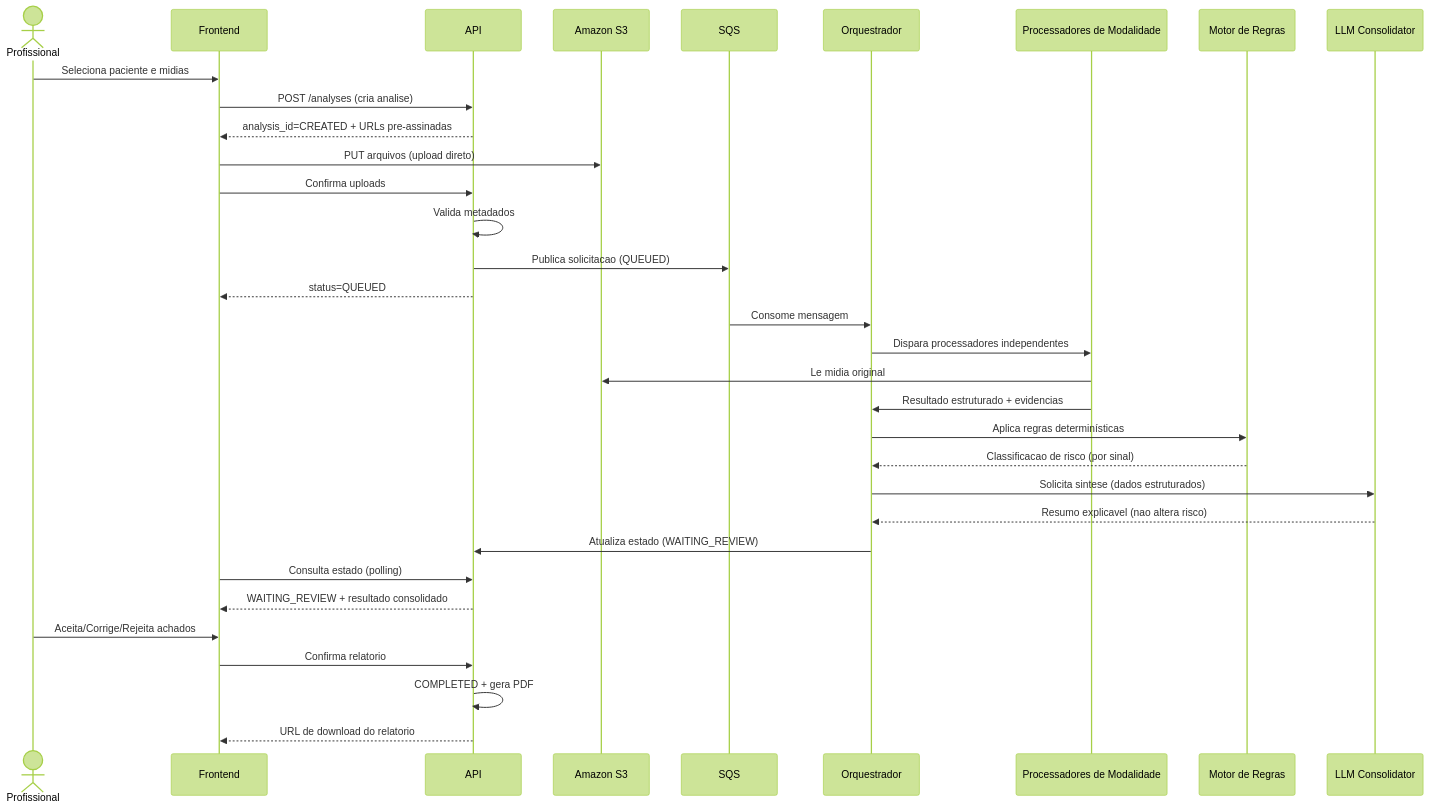
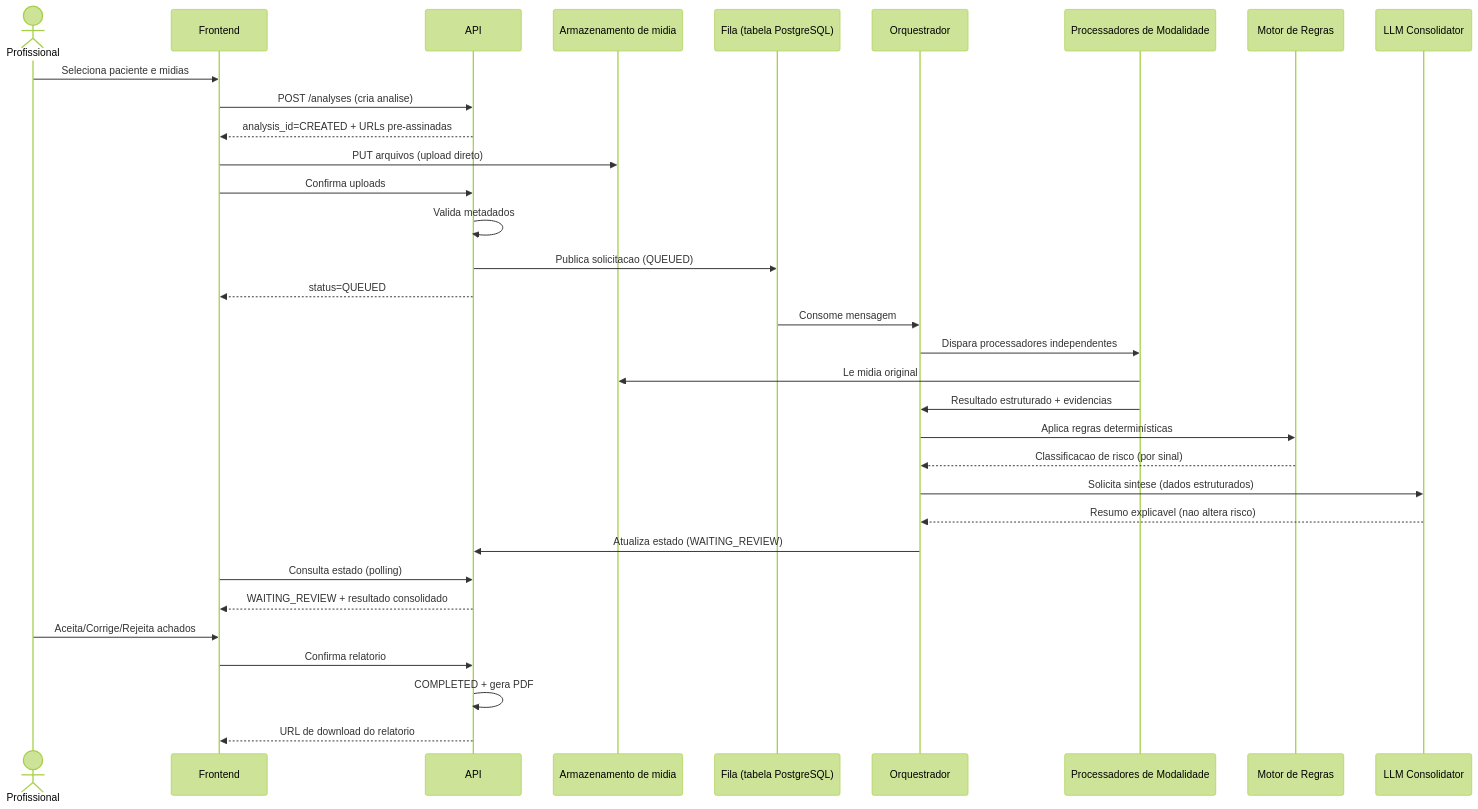
One commit to marcosvrc/sentinela-multimodal changed the diagram in docs/architecture/04-sequencia-analise-multimodal.mmd. Above: the diagram before and after it, drawn with Mermaid (forest theme). The commit also changed 155 other files, not shown here.

```diff
--- a/docs/architecture/04-sequencia-analise-multimodal.mmd
+++ b/docs/architecture/04-sequencia-analise-multimodal.mmd
@@ -1,39 +1,39 @@
 %% Sequencia: analise multimodal ponta a ponta
 sequenceDiagram
     actor Prof as Profissional
     participant FE as Frontend
     participant API as API
-    participant S3 as Amazon S3
-    participant SQS as SQS
+    participant Storage as Armazenamento de midia
+    participant Fila as Fila (tabela PostgreSQL)
     participant Orq as Orquestrador
     participant Mod as Processadores de Modalidade
     participant Regras as Motor de Regras
     participant LLM as LLM Consolidator
 
     Prof->>FE: Seleciona paciente e midias
     FE->>API: POST /analyses (cria analise)
     API-->>FE: analysis_id=CREATED + URLs pre-assinadas
-    FE->>S3: PUT arquivos (upload direto)
+    FE->>Storage: PUT arquivos (upload direto)
     FE->>API: Confirma uploads
     API->>API: Valida metadados
-    API->>SQS: Publica solicitacao (QUEUED)
+    API->>Fila: Publica solicitacao (QUEUED)
     API-->>FE: status=QUEUED
 
-    SQS->>Orq: Consome mensagem
+    Fila->>Orq: Consome mensagem
     Orq->>Mod: Dispara processadores independentes
-    Mod->>S3: Le midia original
+    Mod->>Storage: Le midia original
     Mod->>Orq: Resultado estruturado + evidencias
     Orq->>Regras: Aplica regras determinísticas
     Regras-->>Orq: Classificacao de risco (por sinal)
 
     Orq->>LLM: Solicita sintese (dados estruturados)
     LLM-->>Orq: Resumo explicavel (nao altera risco)
 
     Orq->>API: Atualiza estado (WAITING_REVIEW)
     FE->>API: Consulta estado (polling)
     API-->>FE: WAITING_REVIEW + resultado consolidado
 
     Prof->>FE: Aceita/Corrige/Rejeita achados
     FE->>API: Confirma relatorio
     API->>API: COMPLETED + gera PDF
     API-->>FE: URL de download do relatorio
```
